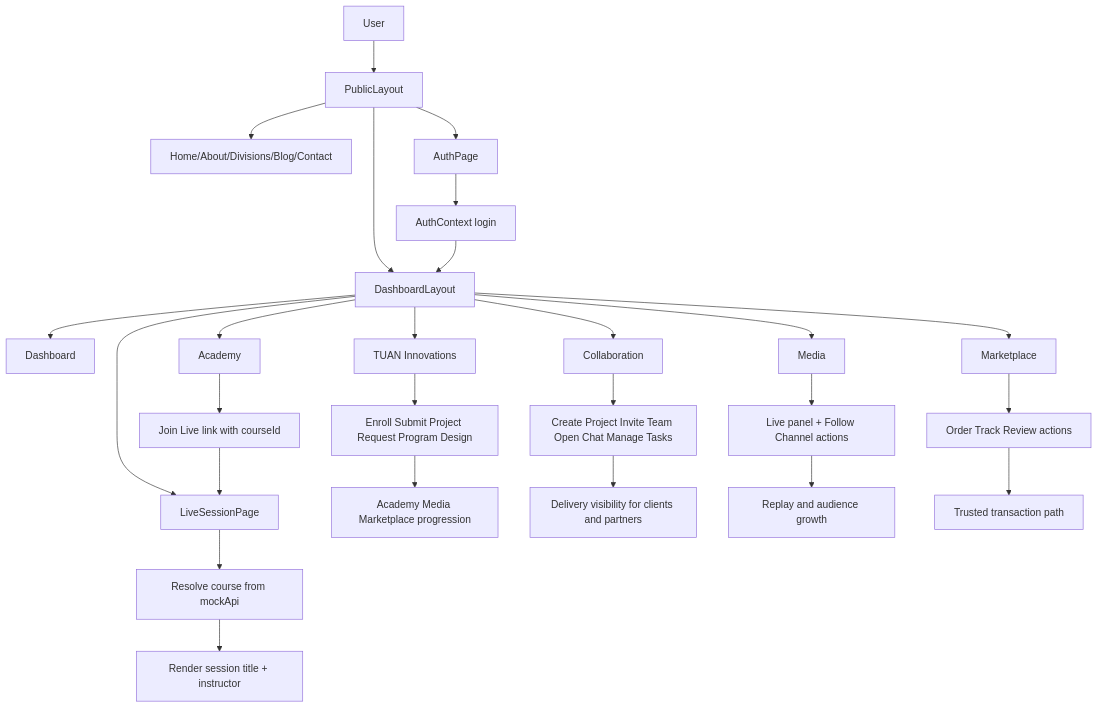
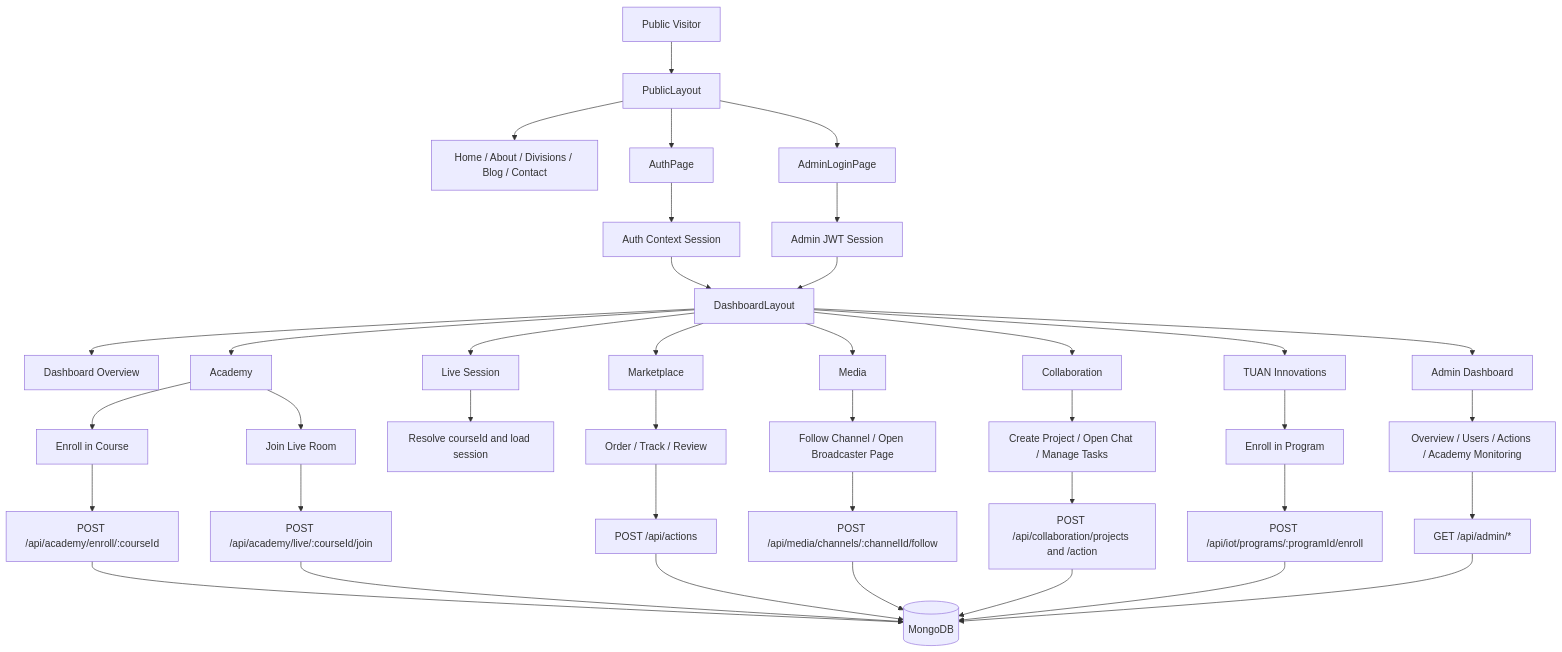
One commit to BehanganaKeneth/TUAN-CREATIONS changed the diagram in README.md. Above: the diagram before and after it, drawn with Mermaid. The commit also changed other lines of this file and 34 other files, not shown here.

Commit message:
Update full-stack platform, architecture docs, and responsive mobile layout

````diff
--- a/README.md
+++ b/README.md
@@ -217,33 +209,46 @@
 ```mermaid
 flowchart TD
-	A[User] --> B[PublicLayout]
-	B --> C[Home/About/Divisions/Blog/Contact]
+	A[Public Visitor] --> B[PublicLayout]
+	B --> C[Home / About / Divisions / Blog / Contact]
 	B --> D[AuthPage]
-	B --> E[DashboardLayout]
+	B --> E[AdminLoginPage]
 
-	D --> F[AuthContext login]
-	F --> E
+	D --> F[Auth Context Session]
+	E --> G[Admin JWT Session]
+	F --> H[DashboardLayout]
+	G --> H
 
-	E --> G[Dashboard]
-	E --> H[Academy]
-	E --> I[Marketplace]
-	E --> J[Media]
-	E --> K[Collaboration]
-	E --> L[TUAN Innovations]
-	E --> M[LiveSessionPage]
+	H --> I[Dashboard Overview]
+	H --> J[Academy]
+	H --> K[Live Session]
+	H --> L[Marketplace]
+	H --> M[Media]
+	H --> N[Collaboration]
+	H --> O[TUAN Innovations]
+	H --> P[Admin Dashboard]
 
-	H --> N[Join Live link with courseId]
-	N --> M
-	M --> O[Resolve course from mockApi]
-	O --> P[Render session title + instructor]
+	J --> Q[Enroll in Course]
+	J --> R[Join Live Room]
+	K --> S[Resolve courseId and load session]
+	L --> T[Order / Track / Review]
+	M --> U[Follow Channel / Open Broadcaster Page]
+	N --> V[Create Project / Open Chat / Manage Tasks]
+	O --> W[Enroll in Program]
+	P --> X[Overview / Users / Actions / Academy Monitoring]
 
-	I --> Q[Order Track Review actions]
-	J --> R[Live panel + Follow Channel actions]
-	K --> S[Create Project Invite Team Open Chat Manage Tasks]
-	L --> T[Enroll Submit Project Request Program Design]
+	Q --> Y[POST /api/academy/enroll/:courseId]
+	R --> Z[POST /api/academy/live/:courseId/join]
+	T --> AA[POST /api/actions]
+	U --> AB[POST /api/media/channels/:channelId/follow]
+	V --> AC[POST /api/collaboration/projects and /action]
+	W --> AD[POST /api/iot/programs/:programId/enroll]
+	X --> AE[GET /api/admin/*]
 
-	T --> U[Academy Media Marketplace progression]
-	S --> V[Delivery visibility for clients and partners]
-	R --> W[Replay and audience growth]
-	Q --> X[Trusted transaction path]
+	Y --> AF[(MongoDB)]
+	Z --> AF
+	AA --> AF
+	AB --> AF
+	AC --> AF
+	AD --> AF
+	AE --> AF
 ```
````
